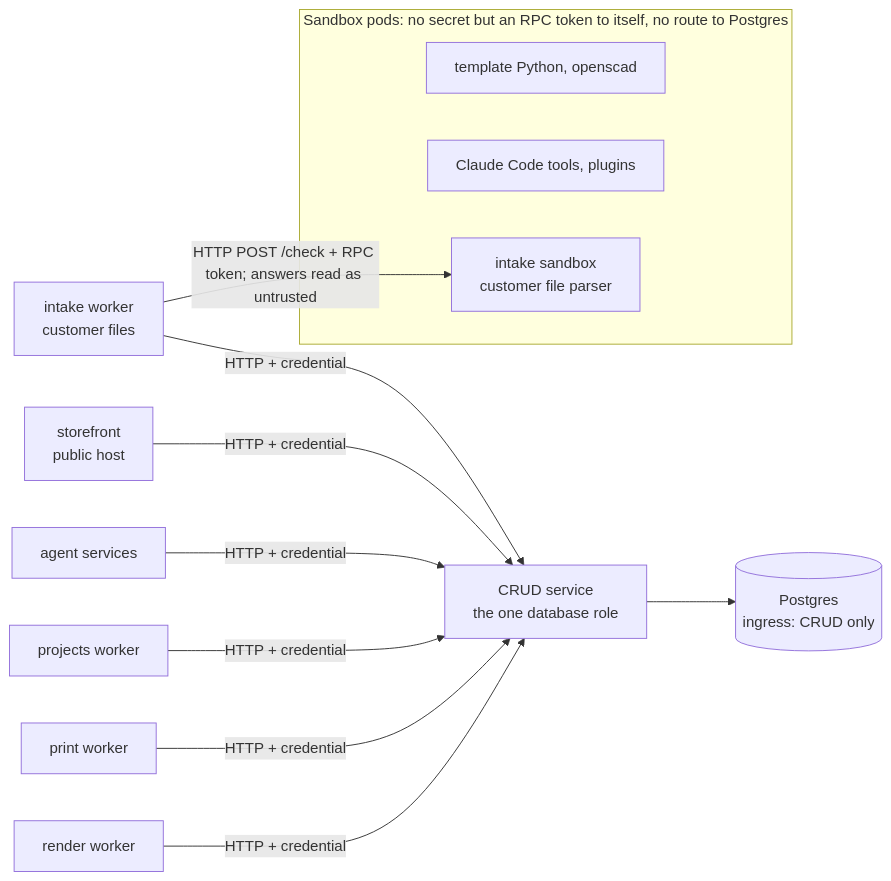
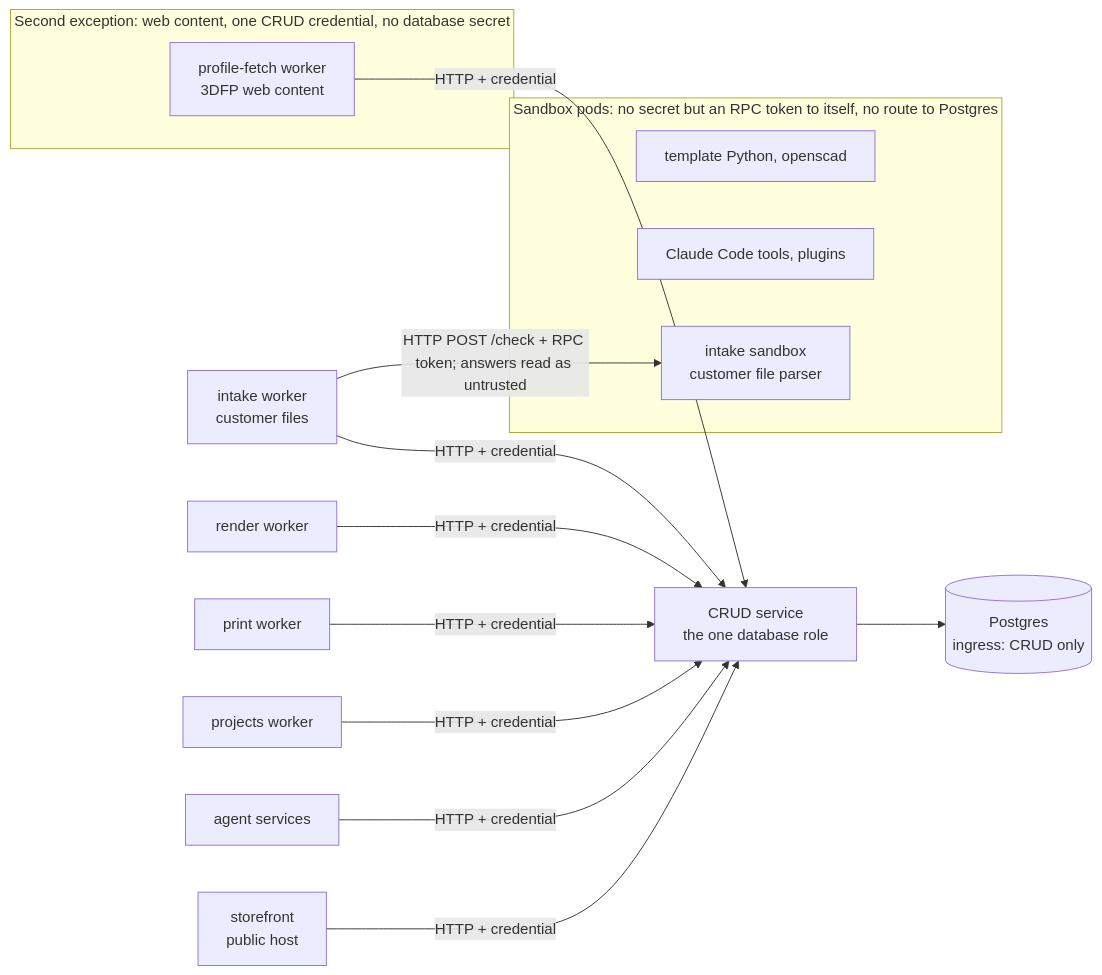
One commit to eh-homelab/ScadBuddy changed the second of 2 diagrams in docs/security/trust-boundaries.md. Above: the diagram before and after it, drawn with Mermaid. The commit also changed other lines of this file and 93 other files, not shown here.

First line of the commit message:
feat(filament): profile-fetch worker for 3DFP presets per nozzle (#6689)

````diff
--- a/docs/security/trust-boundaries.md
+++ b/docs/security/trust-boundaries.md
@@ -193,16 +199,20 @@
 ```mermaid
 flowchart LR
   subgraph untrusted[Sandbox pods: no secret but an RPC token to itself, no route to Postgres]
     T[template Python, openscad]
     C[Claude Code tools, plugins]
     X[intake sandbox<br/>customer file parser]
   end
   I -- HTTP POST /check + RPC token; answers read as untrusted --> X
   R[render worker] -- HTTP + credential --> CRUD
   P[print worker] -- HTTP + credential --> CRUD
   J[projects worker] -- HTTP + credential --> CRUD
   A[agent services] -- HTTP + credential --> CRUD
   S[storefront<br/>public host] -- HTTP + credential --> CRUD
   I[intake worker<br/>customer files] -- HTTP + credential --> CRUD
+  subgraph web[Second exception: web content, one CRUD credential, no database secret]
+    F[profile-fetch worker<br/>3DFP web content]
+  end
+  F -- HTTP + credential --> CRUD
   CRUD[CRUD service<br/>the one database role] --> DB[(Postgres<br/>ingress: CRUD only)]
 ```
````
